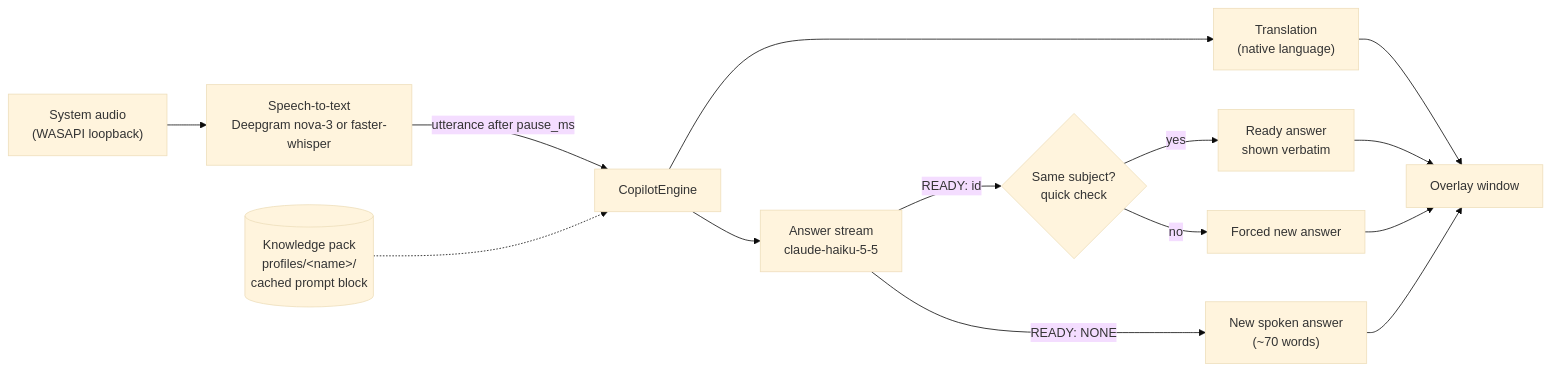
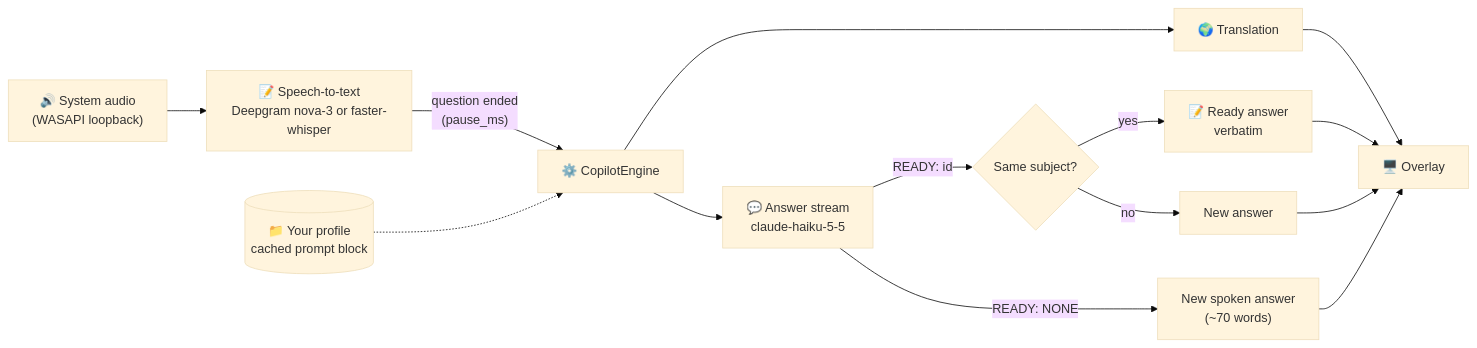
The diagram in README.md (mateusmirandaia/interview-copilot), drawn with Mermaid (base theme) before and after one commit. The commit also changed other lines of this file and 3 other files, not shown here.

````diff
--- a/README.md
+++ b/README.md
@@ -30,16 +112,16 @@
 ```mermaid
 flowchart LR
-    A["System audio<br/>(WASAPI loopback)"] --> B["Speech-to-text<br/>Deepgram nova-3 or faster-whisper"]
-    B -->|"utterance after pause_ms"| C["CopilotEngine"]
-    K[("Knowledge pack<br/>profiles/&lt;name&gt;/<br/>cached prompt block")] -.-> C
-    C --> T["Translation<br/>(native language)"]
-    C --> S["Answer stream<br/>claude-haiku-5-5"]
-    S -->|"READY: id"| R{"Same subject?<br/>quick check"}
-    R -->|yes| V["Ready answer<br/>shown verbatim"]
-    R -->|no| G["Forced new answer"]
+    A["🔊 System audio<br/>(WASAPI loopback)"] --> B["📝 Speech-to-text<br/>Deepgram nova-3 or faster-whisper"]
+    B -->|"question ended<br/>(pause_ms)"| C["⚙️ CopilotEngine"]
+    K[("📁 Your profile<br/>cached prompt block")] -.-> C
+    C --> T["🌍 Translation"]
+    C --> S["💬 Answer stream<br/>claude-haiku-5-5"]
+    S -->|"READY: id"| R{"Same subject?"}
+    R -->|yes| V["📝 Ready answer<br/>verbatim"]
+    R -->|no| G["New answer"]
     S -->|"READY: NONE"| N["New spoken answer<br/>(~70 words)"]
-    T --> O["Overlay window"]
+    T --> O["🖥️ Overlay"]
     V --> O
     G --> O
     N --> O
 ```
````
